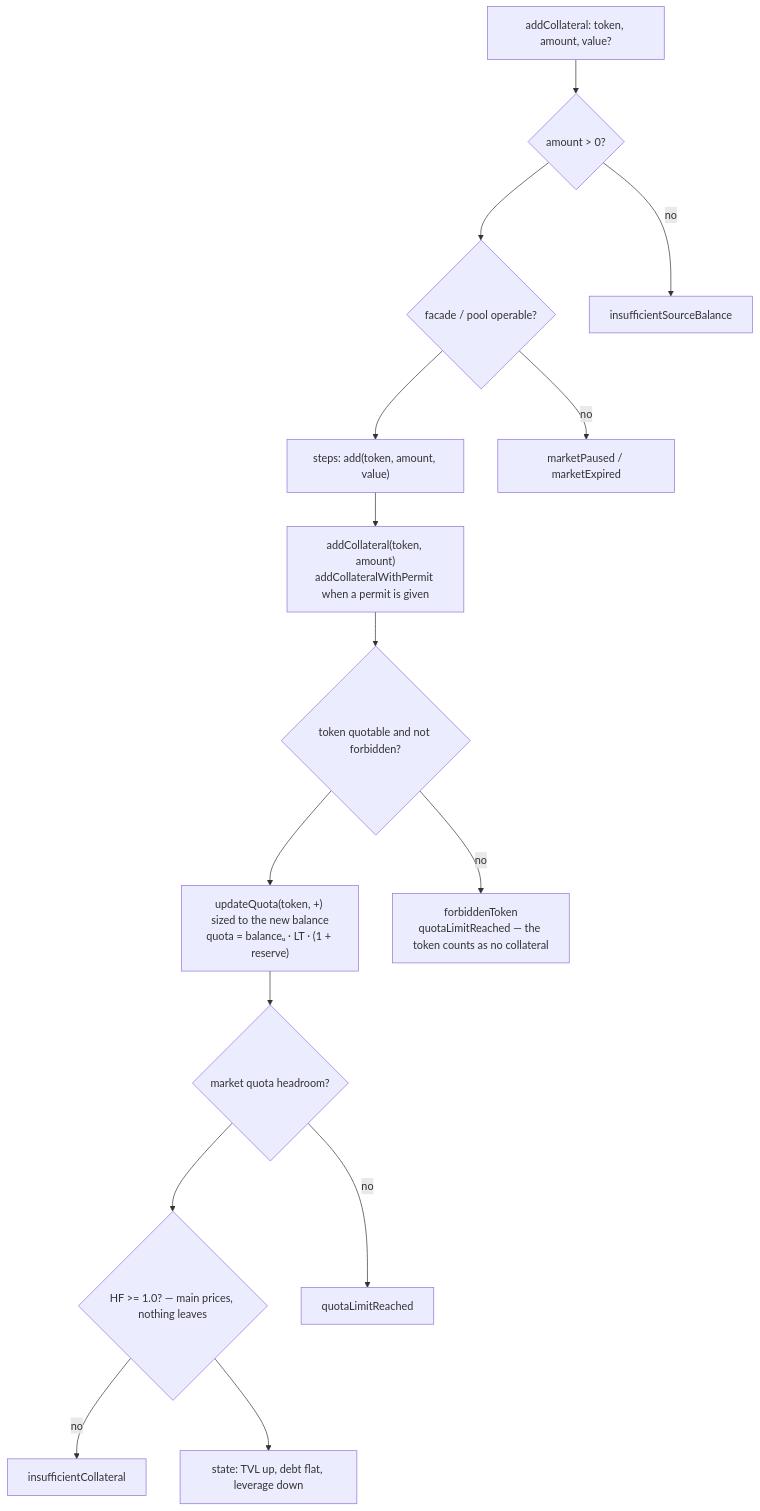
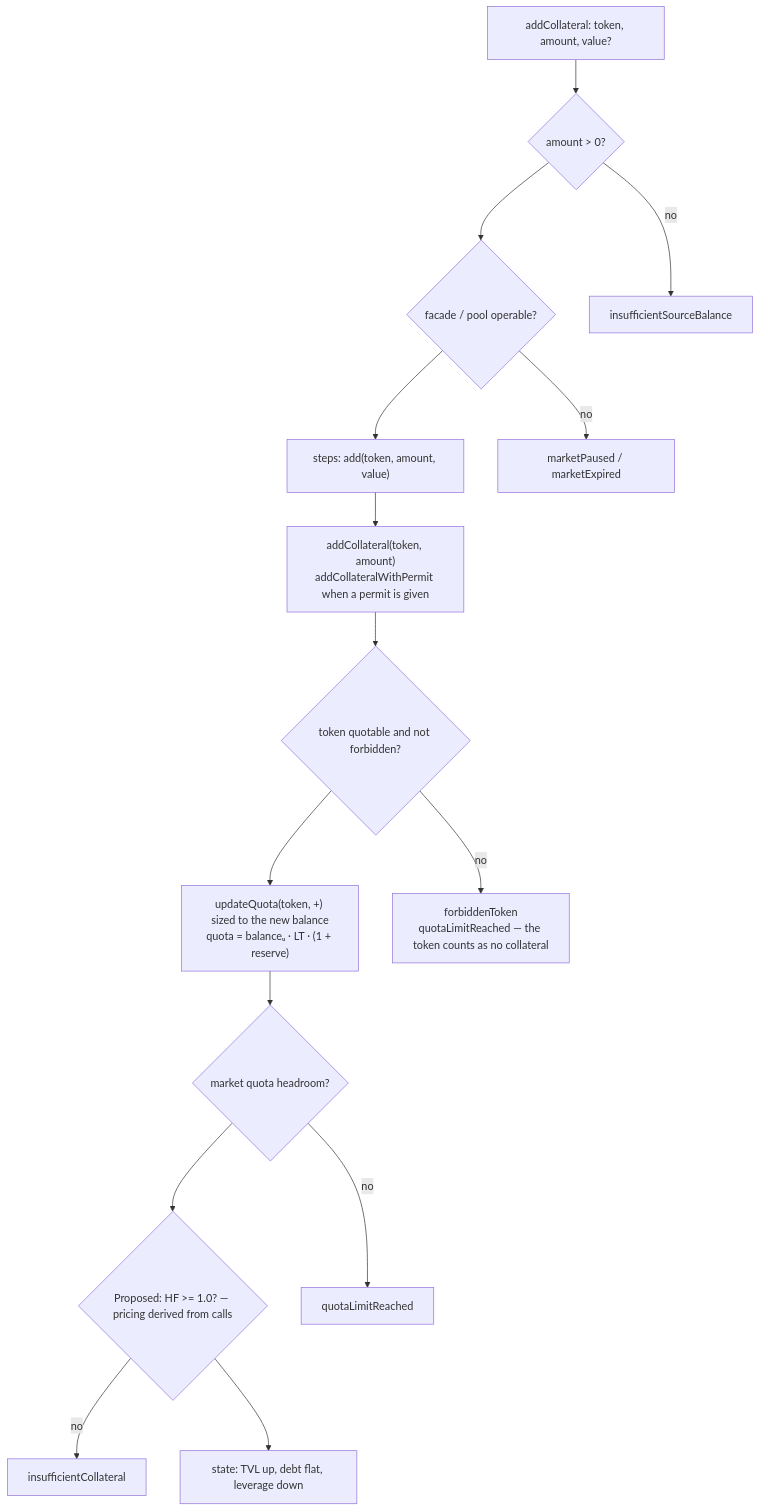
The first of 2 diagrams in docs/intents/add-collateral.md (Gearbox-protocol/sdk), drawn with Mermaid before and after one commit. The commit also changed 7 other files, not shown here.

````diff
--- a/docs/intents/add-collateral.md
+++ b/docs/intents/add-collateral.md
@@ -25,25 +25,25 @@
 ```mermaid
 flowchart TD
   in["addCollateral: token, amount, value?"]
   pos{"amount > 0?"}
   op{"facade / pool operable?"}
   s["steps: add(token, amount, value)"]
   c1["addCollateral(token, amount)<br/>addCollateralWithPermit when a permit is given"]
   grow{"token quotable and not forbidden?"}
   q["updateQuota(token, +) sized to the new balance<br/>quota = balanceᵤ · LT · (1 + reserve)"]
   head{"market quota headroom?"}
-  hf{"HF >= 1.0? — main prices, nothing leaves"}
+  hf{"Proposed: HF >= 1.0? — pricing derived from calls"}
   out["state: TVL up, debt flat, leverage down"]
 
   in --> pos
   pos -->|"no"| e1["insufficientSourceBalance"]
   pos --> op
   op -->|"no"| e2["marketPaused / marketExpired"]
   op --> s --> c1 --> grow
   grow -->|"no"| e3["forbiddenToken<br/>quotaLimitReached — the token counts as no collateral"]
   grow --> q --> head
   head -->|"no"| e4["quotaLimitReached"]
   head --> hf
   hf -->|"no"| e5["insufficientCollateral"]
   hf --> out
 ```
````
